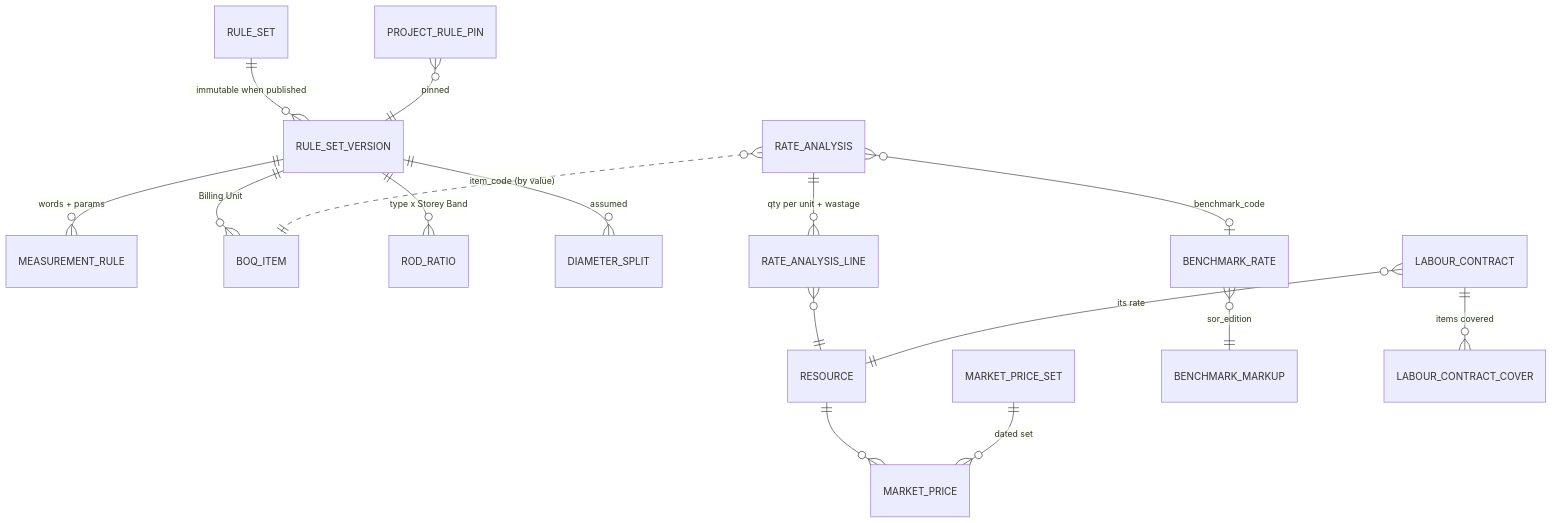
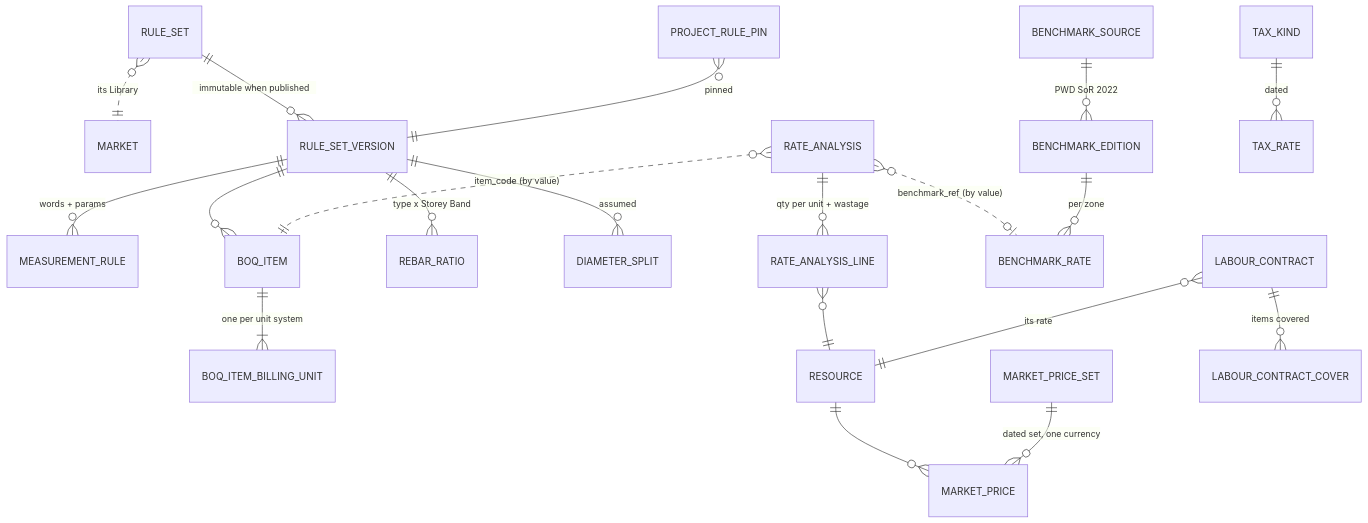
One commit to vextrus/vextrus-cubit changed the fourth of 5 diagrams in docs/data-model.md. Above: the diagram before and after it, drawn with Mermaid. The commit also changed other lines of this file and 7 other files, not shown here.

````diff
--- a/docs/data-model.md
+++ b/docs/data-model.md
@@ -374,18 +655,22 @@
 ```mermaid
 erDiagram
+    RULE_SET }o..|| MARKET : "its Library"
     RULE_SET ||--o{ RULE_SET_VERSION : "immutable when published"
     RULE_SET_VERSION ||--o{ MEASUREMENT_RULE : "words + params"
-    RULE_SET_VERSION ||--o{ BOQ_ITEM : "Billing Unit"
-    RULE_SET_VERSION ||--o{ ROD_RATIO : "type x Storey Band"
+    RULE_SET_VERSION ||--o{ BOQ_ITEM : ""
+    BOQ_ITEM ||--|{ BOQ_ITEM_BILLING_UNIT : "one per unit system"
+    RULE_SET_VERSION ||--o{ REBAR_RATIO : "type x Storey Band"
     RULE_SET_VERSION ||--o{ DIAMETER_SPLIT : "assumed"
     PROJECT_RULE_PIN }o--|| RULE_SET_VERSION : "pinned"
     RESOURCE ||--o{ MARKET_PRICE : ""
-    MARKET_PRICE_SET ||--o{ MARKET_PRICE : "dated set"
+    MARKET_PRICE_SET ||--o{ MARKET_PRICE : "dated set, one currency"
     RATE_ANALYSIS ||--o{ RATE_ANALYSIS_LINE : "qty per unit + wastage"
     RATE_ANALYSIS_LINE }o--|| RESOURCE : ""
     RATE_ANALYSIS }o..|| BOQ_ITEM : "item_code (by value)"
-    RATE_ANALYSIS }o--o| BENCHMARK_RATE : "benchmark_code"
-    BENCHMARK_RATE }o--|| BENCHMARK_MARKUP : "sor_edition"
+    RATE_ANALYSIS }o..o| BENCHMARK_RATE : "benchmark_ref (by value)"
+    BENCHMARK_SOURCE ||--o{ BENCHMARK_EDITION : "PWD SoR 2022"
+    BENCHMARK_EDITION ||--o{ BENCHMARK_RATE : "per zone"
     LABOUR_CONTRACT }o--|| RESOURCE : "its rate"
     LABOUR_CONTRACT ||--o{ LABOUR_CONTRACT_COVER : "items covered"
+    TAX_KIND ||--o{ TAX_RATE : "dated"
 ```
````
